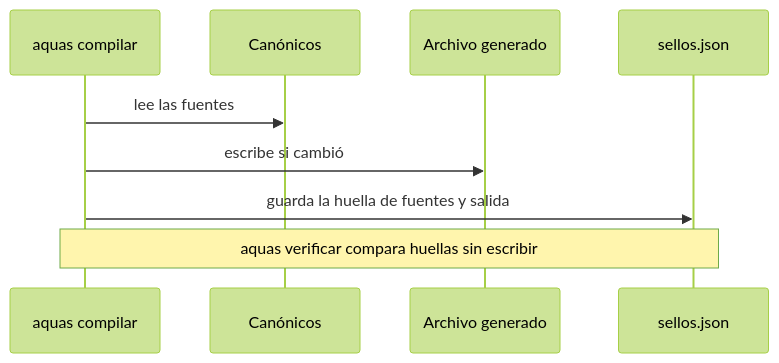
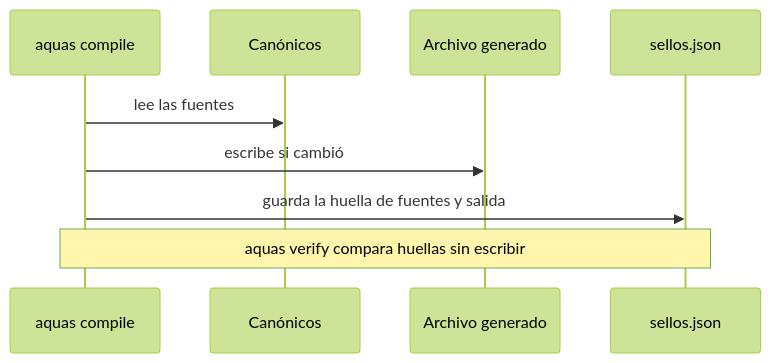
One commit to jliberal-aquas/aquas-central-harness-government changed the first of 2 diagrams in docs/E000/F002/S001.md. Above: the diagram before and after it, drawn with Mermaid (forest theme). The commit also changed other lines of this file and 184 other files, not shown here.

````diff
--- a/docs/E000/F002/S001.md
+++ b/docs/E000/F002/S001.md
@@ -44,11 +44,11 @@
 ```mermaid
 sequenceDiagram
-    participant A as aquas compilar
+    participant A as aquas compile
     participant C as Canónicos
     participant D as Archivo generado
     participant S as sellos.json
     A->>C: lee las fuentes
     A->>D: escribe si cambió
     A->>S: guarda la huella de fuentes y salida
-    Note over A,S: aquas verificar compara huellas sin escribir
+    Note over A,S: aquas verify compara huellas sin escribir
 ```
````
